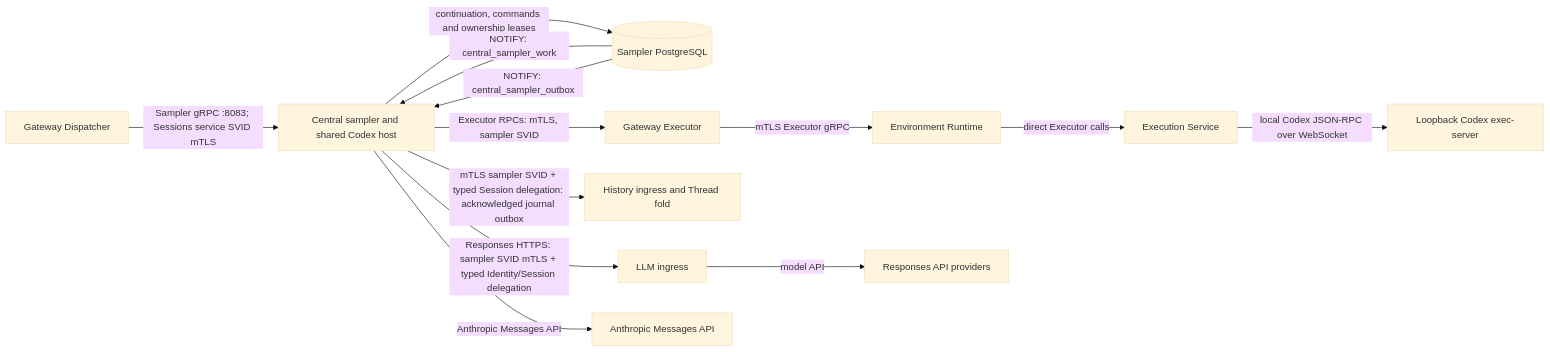
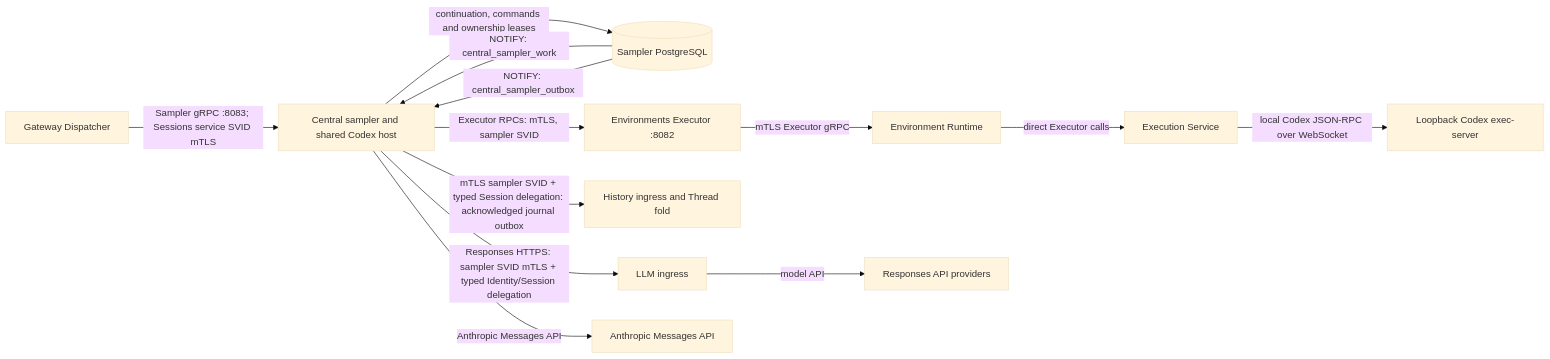
One commit to agentydragon/ducktape changed the fourth of 18 diagrams in agentplane/docs/system_overview.md. Above: the diagram before and after it, drawn with Mermaid (base theme). The commit also changed other lines of this file and 23 other files, not shown here.

````diff
--- a/agentplane/docs/system_overview.md
+++ b/agentplane/docs/system_overview.md
@@ -390,25 +393,25 @@
 ```mermaid
 flowchart LR
     dispatcher[Gateway Dispatcher]
     sampler[Central sampler and shared Codex host]
     db[(Sampler PostgreSQL)]
-    gateway[Gateway Executor]
+    gateway[Environments Executor :8082]
     runtime[Environment Runtime]
     execution[Execution Service]
     executor[Loopback Codex exec-server]
     history[History ingress and Thread fold]
     llm[LLM ingress]
     responses[Responses API providers]
     anthropic[Anthropic Messages API]
     dispatcher -->|Sampler gRPC :8083; Sessions service SVID mTLS| sampler
     sampler -->|continuation, commands and ownership leases| db
     db -->|NOTIFY: central_sampler_work| sampler
     db -->|NOTIFY: central_sampler_outbox| sampler
     sampler -->|Executor RPCs: mTLS, sampler SVID| gateway
     gateway -->|mTLS Executor gRPC| runtime
     runtime -->|direct Executor calls| execution
     execution -->|local Codex JSON-RPC over WebSocket| executor
     sampler -->|mTLS sampler SVID + typed Session delegation: acknowledged journal outbox| history
     sampler -->|Responses HTTPS: sampler SVID mTLS + typed Identity/Session delegation| llm -->|model API| responses
     sampler -->|Anthropic Messages API| anthropic
 ```
````
